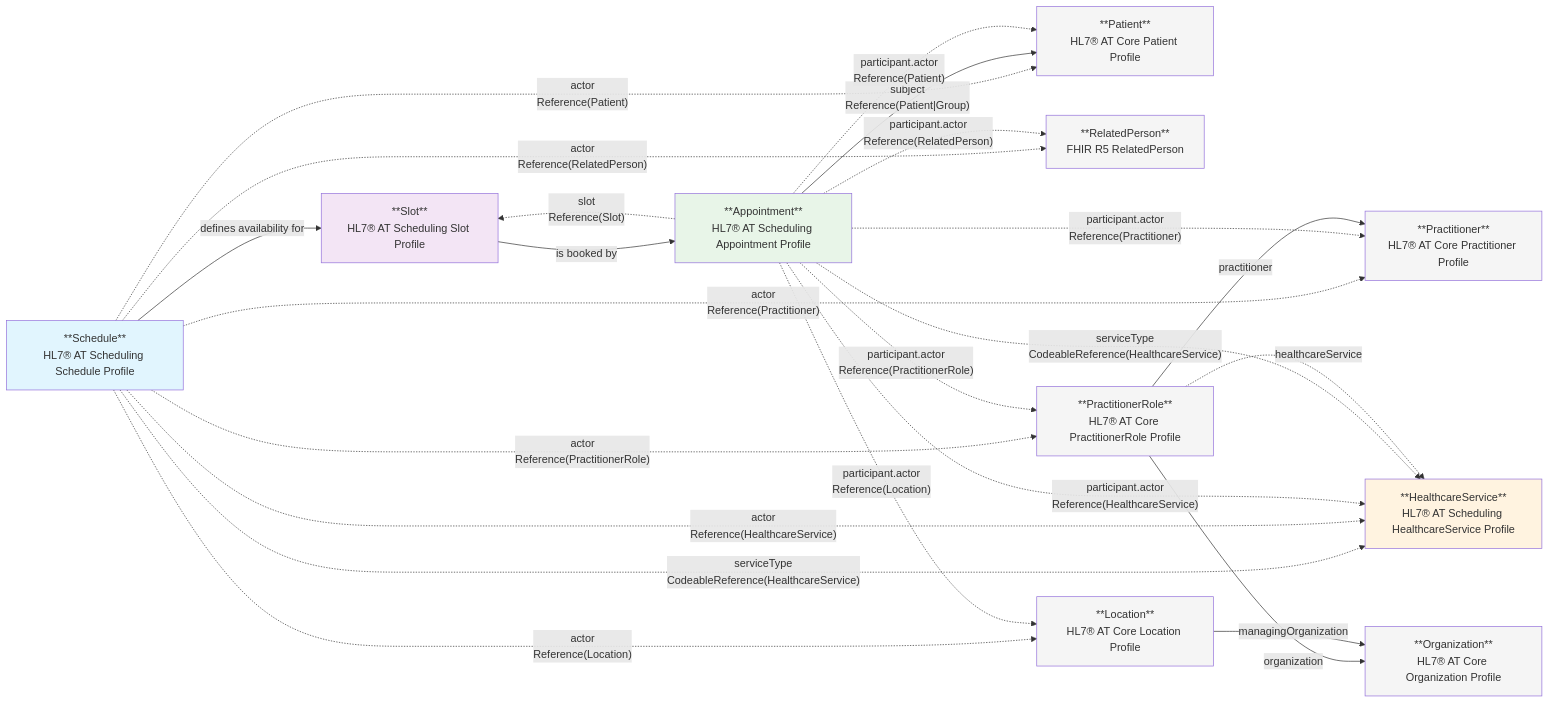
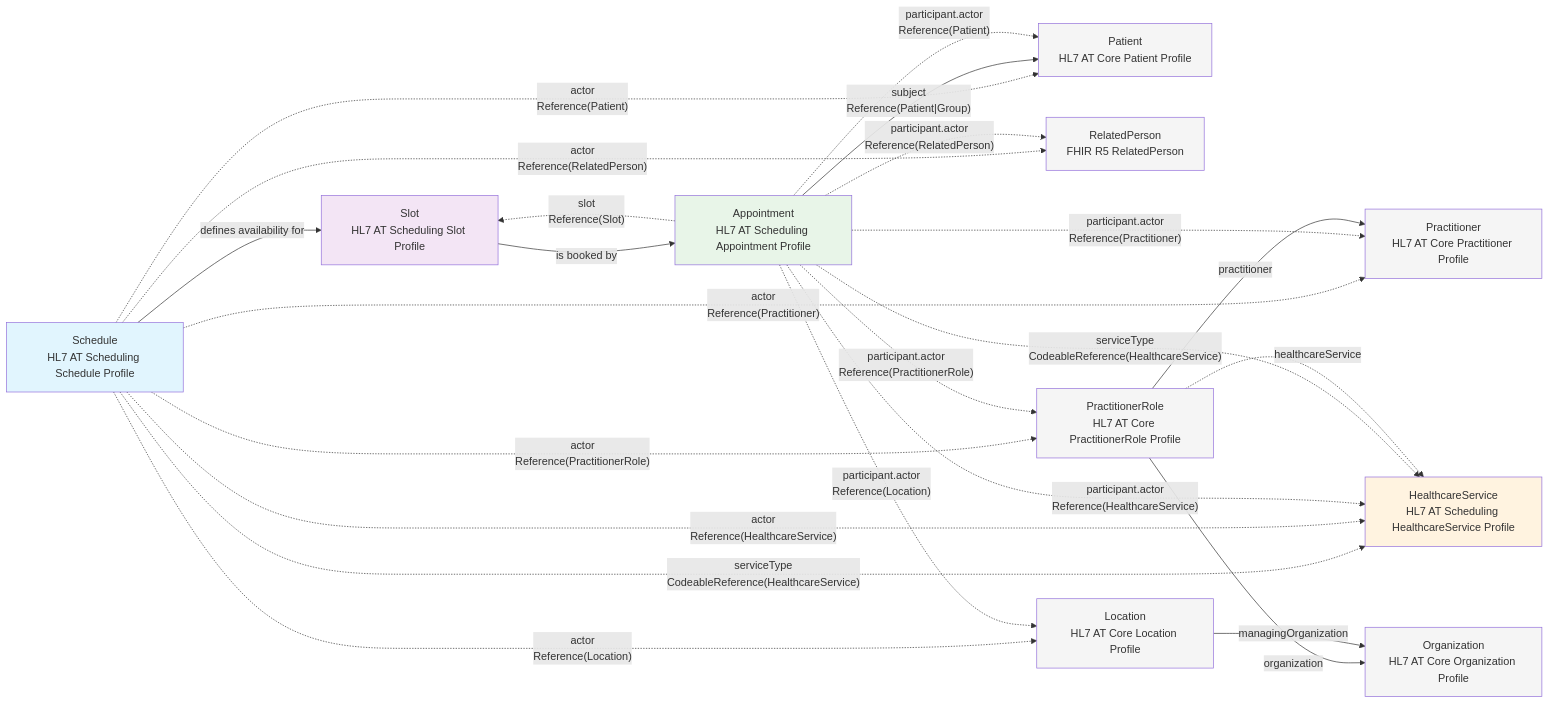
One commit to HL7Austria/TC-FHIR-AG-Scheduling-R5 changed the diagram in input/pagecontent/interactions/general.md. Above: the diagram before and after it, drawn with Mermaid.

Commit message:
Work around rendering issues

```diff
--- a/input/pagecontent/interactions/general.md
+++ b/input/pagecontent/interactions/general.md
@@ -3,69 +3,69 @@
 <pre class="mermaid">
 
 flowchart LR
   %% Core scheduling backbone
-  Schedule["**Schedule**<br/>HL7® AT Scheduling Schedule Profile"]:::sched
-  Slot["**Slot**<br/>HL7® AT Scheduling Slot Profile"]:::slot
-  Appointment["**Appointment**<br/>HL7® AT Scheduling Appointment Profile"]:::appt
+  Schedule["Schedule<br/>HL7 AT Scheduling Schedule Profile"]:::sched
+  Slot["Slot<br/>HL7 AT Scheduling Slot Profile"]:::slot
+  Appointment["Appointment<br/>HL7 AT Scheduling Appointment Profile"]:::appt
 
   %% Service + participants
-  HealthcareService["**HealthcareService**<br/>HL7® AT Scheduling HealthcareService Profile"]:::svc
+  HealthcareService["HealthcareService<br/>HL7 AT Scheduling HealthcareService Profile"]:::svc
 
-  Patient["**Patient**<br/>HL7® AT Core Patient Profile"]:::core
-  RelatedPerson["**RelatedPerson**<br/>FHIR R5 RelatedPerson"]:::core
-  Practitioner["**Practitioner**<br/>HL7® AT Core Practitioner Profile"]:::core
-  PractitionerRole["**PractitionerRole**<br/>HL7® AT Core PractitionerRole Profile"]:::core
-  Organization["**Organization**<br/>HL7® AT Core Organization Profile"]:::core
-  Location["**Location**<br/>HL7® AT Core Location Profile"]:::core
+  Patient["Patient<br/>HL7 AT Core Patient Profile"]:::core
+  RelatedPerson["RelatedPerson<br/>FHIR R5 RelatedPerson"]:::core
+  Practitioner["Practitioner<br/>HL7 AT Core Practitioner Profile"]:::core
+  PractitionerRole["PractitionerRole<br/>HL7 AT Core PractitionerRole Profile"]:::core
+  Organization["Organization<br/>HL7 AT Core Organization Profile"]:::core
+  Location["Location<br/>HL7 AT Core Location Profile"]:::core
 
   %% Relationships Schedule/Slot/Appointment
   Schedule -->|"defines availability for"| Slot
   Slot -->|"is booked by"| Appointment
   Schedule -. "serviceType<br/>CodeableReference(HealthcareService)" .-> HealthcareService
   Schedule -. "actor<br/>Reference(Patient)" .-> Patient
   Schedule -. "actor<br/>Reference(Practitioner)" .-> Practitioner
   Schedule -. "actor<br/>Reference(PractitionerRole)" .-> PractitionerRole
   Schedule -. "actor<br/>Reference(RelatedPerson)" .-> RelatedPerson
   Schedule -. "actor<br/>Reference(HealthcareService)" .-> HealthcareService
   Schedule -. "actor<br/>Reference(Location)" .-> Location
 
   %% Relationships Appointment -> participants
   Appointment -->|"subject<br/>Reference(Patient|Group)"| Patient
   Appointment -. "participant.actor<br/>Reference(Patient)" .-> Patient
   Appointment -. "participant.actor<br/>Reference(RelatedPerson)" .-> RelatedPerson
   Appointment -. "participant.actor<br/>Reference(Practitioner)" .-> Practitioner
   Appointment -. "participant.actor<br/>Reference(PractitionerRole)" .-> PractitionerRole
   Appointment -. "participant.actor<br/>Reference(HealthcareService)" .-> HealthcareService
   Appointment -. "participant.actor<br/>Reference(Location)" .-> Location
 
   Appointment -. "serviceType<br/>CodeableReference(HealthcareService)" .-> HealthcareService
   Appointment -. "slot<br/>Reference(Slot)" .-> Slot
 
   %% PractitionerRole context
   PractitionerRole -->|"practitioner"| Practitioner
   PractitionerRole -->|"organization"| Organization
   PractitionerRole -. "healthcareService" .-> HealthcareService
 
   %% Location context
   Location -->|"managingOrganization"| Organization
 
   %% Clickable links
   click Schedule href "/StructureDefinition-at-scheduling-schedule.html" "Open Schedule profile" _self
   click Slot href "/StructureDefinition-at-scheduling-slot.html" "Open Slot profile" _self
   click Appointment href "/StructureDefinition-at-scheduling-appointment.html" "Open Appointment profile" _self
   click HealthcareService href "/StructureDefinition-at-scheduling-healthcareService.html" "Open HealthcareService profile" _self
 
   click Patient href "https://fhir.hl7.at/HL7-AT-FHIR-Core-R5/StructureDefinition-at-core-patient.html" "Open Patient profile" _blank
   click RelatedPerson href "https://hl7.org/fhir/relatedperson.html" "Open RelatedPerson resource" _blank
   click Practitioner href "https://fhir.hl7.at/HL7-AT-FHIR-Core-R5/StructureDefinition-at-core-practitioner.html" "Open Practitioner profile" _blank
   click PractitionerRole href "https://fhir.hl7.at/HL7-AT-FHIR-Core-R5/StructureDefinition-at-core-practitionerRole.html" "Open PractitionerRole profile" _blank
   click Organization href "https://fhir.hl7.at/HL7-AT-FHIR-Core-R5/StructureDefinition-at-core-organization.html" "Open Organization profile" _blank
   click Location href "https://fhir.hl7.at/r5-core-main/StructureDefinition-at-core-location.html" "Open Location profile" _blank
 
   %% Styles
   classDef sched fill:#e1f5fe
   classDef slot fill:#f3e5f5
   classDef appt fill:#e8f5e8
   classDef svc fill:#fff3e0
   classDef core fill:#f5f5f5
 </pre>
```
